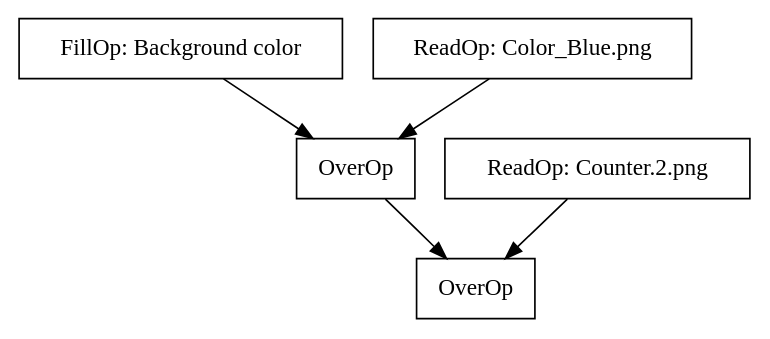
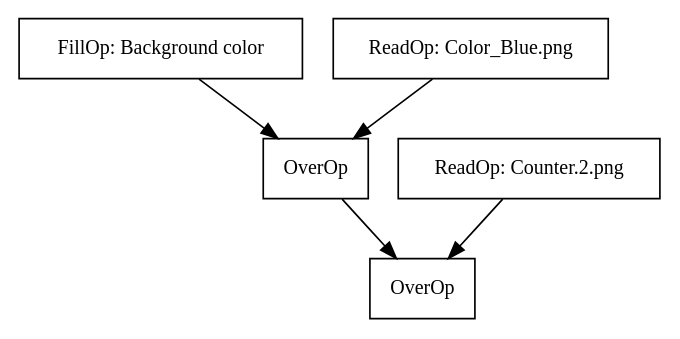
The diagram in images/CompositeTracksGraph.dot (darbyjohnston/toucan), drawn with Graphviz before and after one commit. The commit also changed 3 other files, not shown here.

```diff
--- a/images/CompositeTracksGraph.dot
+++ b/images/CompositeTracksGraph.dot
@@ -1,11 +1,11 @@
 digraph CompositeTracks {
-    FillOp [shape=box, label="FillOp: Background color"]
-    ReadOp [shape=box, label="ReadOp: Color_Blue.png"]
-    ReadOp2 [shape=box, label="ReadOp: Counter.2.png"]
-    OverOp [shape=box, label="OverOp"]
-    OverOp2 [shape=box, label="OverOp"]
+    FillOp [shape=box, label="FillOp: Background color", fontsize=12]
+    ReadOp [shape=box, label="ReadOp: Color_Blue.png", fontsize=12]
+    ReadOp2 [shape=box, label="ReadOp: Counter.2.png", fontsize=12]
+    OverOp [shape=box, label="OverOp", fontsize=12]
+    OverOp2 [shape=box, label="OverOp", fontsize=12]
     FillOp -> OverOp;
     ReadOp -> OverOp;
     OverOp -> OverOp2;
     ReadOp2 -> OverOp2;
 }
```
